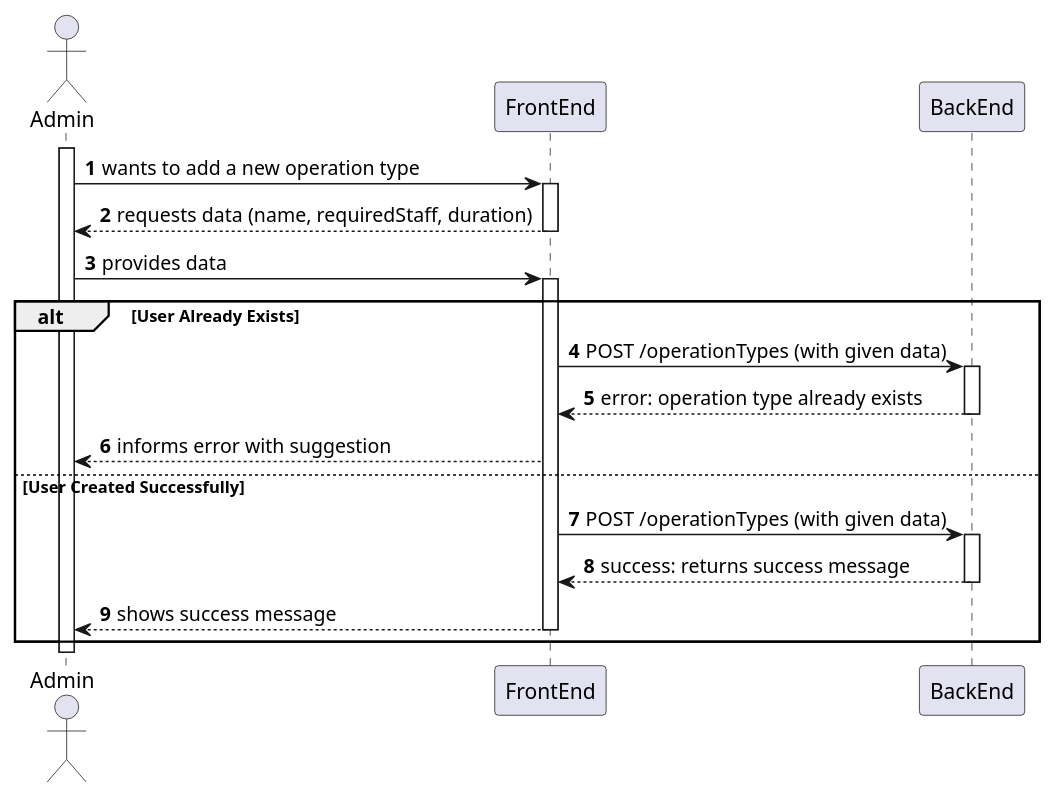
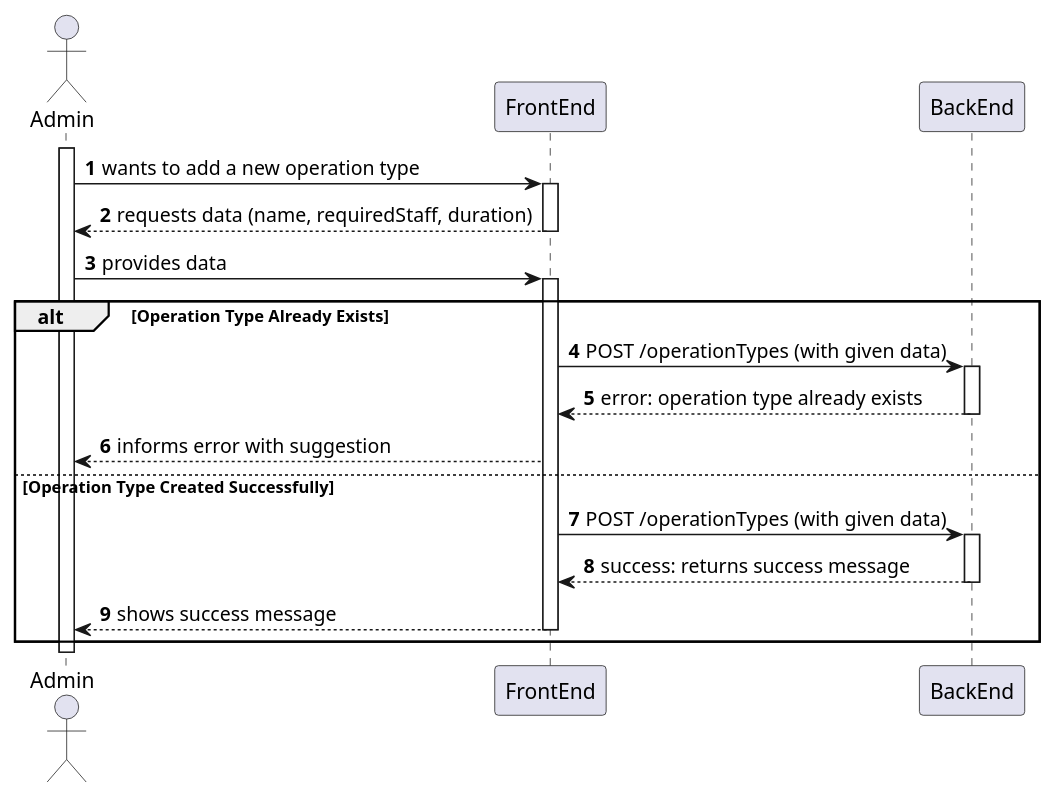
Before and after one commit to MiguelCardoso77/SurgicalSync-BackEnd: the diagram in docs/SprintA/37-add-new-operation-types/level2/process-view.puml, drawn with PlantUML. The commit also changed 6 other files, not shown here.

Commit message:
#20 Updated Documentation and New Class Diagram

```diff
--- a/docs/SprintA/37-add-new-operation-types/level2/process-view.puml
+++ b/docs/SprintA/37-add-new-operation-types/level2/process-view.puml
@@ -1,44 +1,44 @@
 @startuml
 autonumber
 
 actor "Admin" as USER
 
 participant "FrontEnd" as FE
 participant "BackEnd" as BE
 
 activate USER
 
     USER -> FE : wants to add a new operation type
     activate FE
     
         FE --> USER : requests data (name, requiredStaff, duration)
     deactivate FE
 
     USER -> FE : provides data
    
         activate FE
         
-            alt User Already Exists
+            alt Operation Type Already Exists
                
             FE -> BE : POST /operationTypes (with given data)
             activate BE
             
                 BE --> FE : error: operation type already exists
             deactivate BE 
             FE --> USER : informs error with suggestion
             
-            else User Created Successfully
+            else Operation Type Created Successfully
             
             FE -> BE : POST /operationTypes (with given data)
             activate BE
             
                 BE --> FE : success: returns success message
             deactivate BE
                
             FE --> USER : shows success message
         deactivate FE
     end
             
 deactivate USER
 
 @enduml
```
